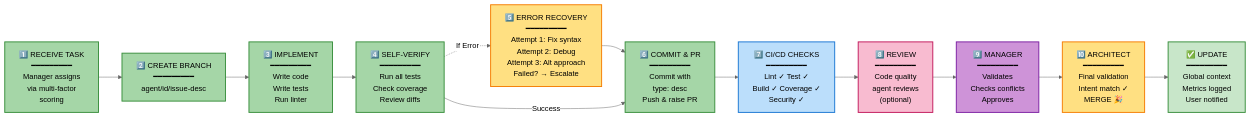
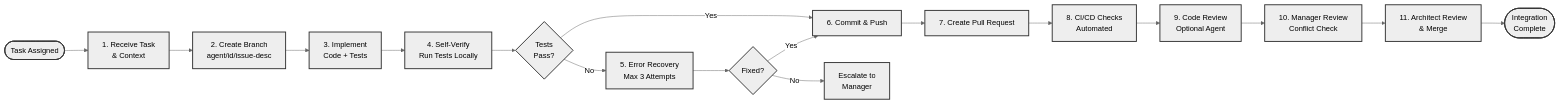
The second of 10 diagrams in README.md (MRiARC/ai-coding-harness), drawn with Mermaid (neutral theme) before and after one commit. The commit also changed other lines of this file, not shown here.

Commit message:
Refactor: Professional B&W diagrams with improved clarity and structure

````diff
--- a/README.md
+++ b/README.md
@@ -82,42 +97,23 @@
 ```mermaid
-graph LR
-    S1["1️⃣ RECEIVE TASK<br/>━━━━━━━━━<br/>Manager assigns<br/>via multi-factor<br/>scoring"]
+flowchart LR
+    Start([Task Assigned]) --> S1[1. Receive Task<br/>& Context]
+    S1 --> S2[2. Create Branch<br/>agent/id/issue-desc]
+    S2 --> S3[3. Implement<br/>Code + Tests]
+    S3 --> S4[4. Self-Verify<br/>Run Tests Locally]
     
-    S2["2️⃣ CREATE BRANCH<br/>━━━━━━━━━<br/>agent/id/issue-desc"]
+    S4 --> Decision{Tests<br/>Pass?}
+    Decision -->|No| S5[5. Error Recovery<br/>Max 3 Attempts]
+    S5 --> Retry{Fixed?}
+    Retry -->|Yes| S6
+    Retry -->|No| Escalate[Escalate to<br/>Manager]
+    Decision -->|Yes| S6[6. Commit & Push]
     
-    S3["3️⃣ IMPLEMENT<br/>━━━━━━━━━<br/>Write code<br/>Write tests<br/>Run linter"]
+    S6 --> S7[7. Create Pull Request]
+    S7 --> S8[8. CI/CD Checks<br/>Automated]
+    S8 --> S9[9. Code Review<br/>Optional Agent]
+    S9 --> S10[10. Manager Review<br/>Conflict Check]
+    S10 --> S11[11. Architect Review<br/>& Merge]
+    S11 --> End([Integration<br/>Complete])
     
-    S4["4️⃣ SELF-VERIFY<br/>━━━━━━━━━<br/>Run all tests<br/>Check coverage<br/>Review diffs"]
-    
-    S5["5️⃣ ERROR RECOVERY<br/>━━━━━━━━━<br/>Attempt 1: Fix syntax<br/>Attempt 2: Debug<br/>Attempt 3: Alt approach<br/>Failed? → Escalate"]
-    
-    S6["6️⃣ COMMIT & PR<br/>━━━━━━━━━<br/>Commit with<br/>type: desc<br/>Push & raise PR"]
-    
-    S7["7️⃣ CI/CD CHECKS<br/>━━━━━━━━━<br/>Lint ✓ Test ✓<br/>Build ✓ Coverage ✓<br/>Security ✓"]
-    
-    S8["8️⃣ REVIEW<br/>━━━━━━━━━<br/>Code quality<br/>agent reviews<br/>(optional)"]
-    
-    S9["9️⃣ MANAGER<br/>━━━━━━━━━<br/>Validates<br/>Checks conflicts<br/>Approves"]
-    
-    S10["🔟 ARCHITECT<br/>━━━━━━━━━<br/>Final validation<br/>Intent match ✓<br/>MERGE 🎉"]
-    
-    S11["✅ UPDATE<br/>━━━━━━━━━<br/>Global context<br/>Metrics logged<br/>User notified"]
-    
-    S1 --> S2 --> S3 --> S4
-    S4 -.->|If Error| S5
-    S5 --> S6
-    S4 -->|Success| S6
-    S6 --> S7 --> S8 --> S9 --> S10 --> S11
-    
-    style S1 fill:#A5D6A7,stroke:#388E3C,stroke-width:2px
-    style S2 fill:#A5D6A7,stroke:#388E3C,stroke-width:2px
-    style S3 fill:#A5D6A7,stroke:#388E3C,stroke-width:2px
-    style S4 fill:#A5D6A7,stroke:#388E3C,stroke-width:2px
-    style S5 fill:#FFE082,stroke:#F57C00,stroke-width:2px
-    style S6 fill:#A5D6A7,stroke:#388E3C,stroke-width:2px
-    style S7 fill:#BBDEFB,stroke:#1976D2,stroke-width:2px
-    style S8 fill:#F8BBD0,stroke:#C2185B,stroke-width:2px
-    style S9 fill:#CE93D8,stroke:#7B1FA2,stroke-width:2px
-    style S10 fill:#FFE082,stroke:#F57C00,stroke-width:2px
-    style S11 fill:#C8E6C9,stroke:#388E3C,stroke-width:2px
+    classDef default stroke:#333,stroke-width:2px
 ```
````
